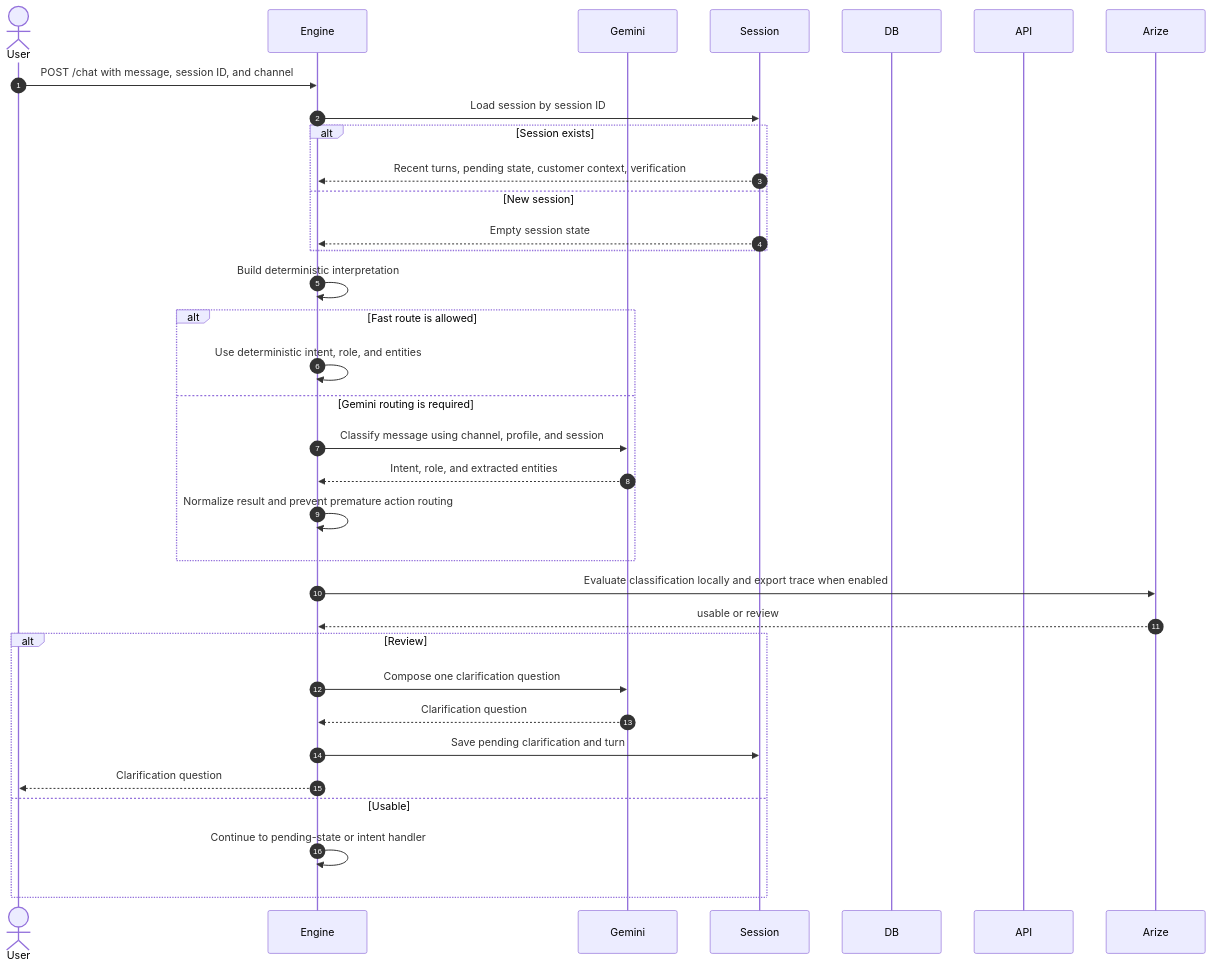
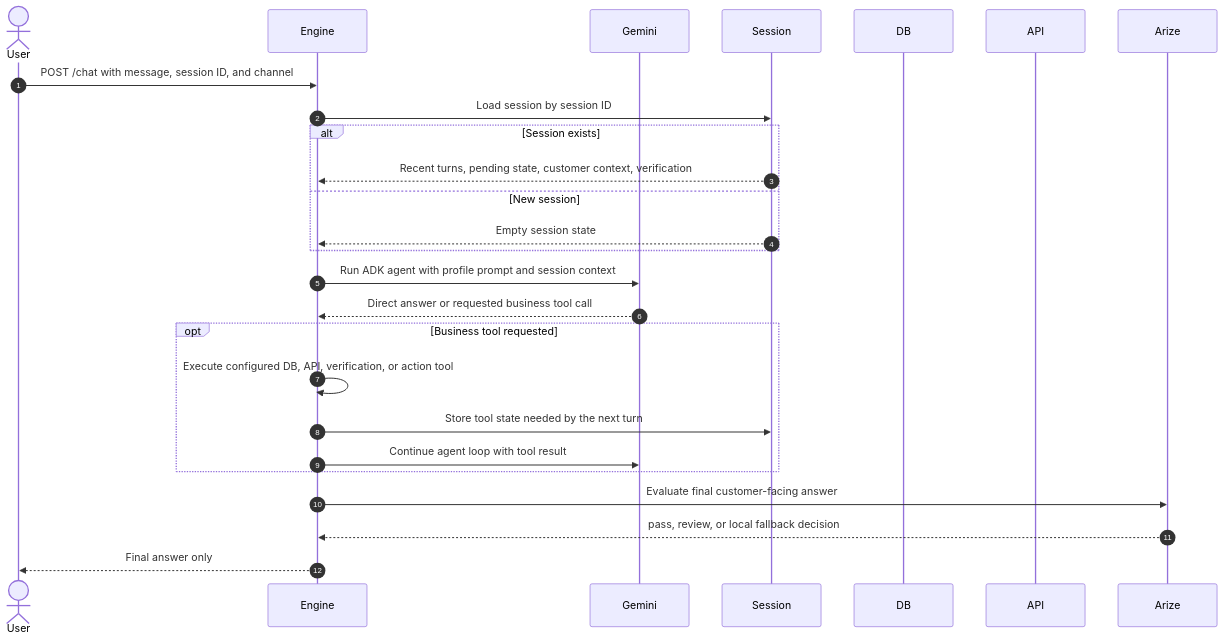
The diagram in docs/solution/sequences/conversation-entry.md (ariefwara/grounded-agentic-ai), drawn with Mermaid before and after one commit. The commit also changed other lines of this file and 91 other files, not shown here.

Commit message:
refactor engine around Google ADK

````diff
--- a/docs/solution/sequences/conversation-entry.md
+++ b/docs/solution/sequences/conversation-entry.md
@@ -3,39 +3,30 @@
 ```mermaid
 sequenceDiagram
     autonumber
     actor User
     participant Engine
     participant Gemini
     participant Session
     participant DB
     participant API
     participant Arize
 
     User->>Engine: POST /chat with message, session ID, and channel
     Engine->>Session: Load session by session ID
     alt Session exists
         Session-->>Engine: Recent turns, pending state, customer context, verification
     else New session
         Session-->>Engine: Empty session state
     end
 
-    Engine->>Engine: Build deterministic interpretation
-    alt Fast route is allowed
-        Engine->>Engine: Use deterministic intent, role, and entities
-    else Gemini routing is required
-        Engine->>Gemini: Classify message using channel, profile, and session
-        Gemini-->>Engine: Intent, role, and extracted entities
-        Engine->>Engine: Normalize result and prevent premature action routing
+    Engine->>Gemini: Run ADK agent with profile prompt and session context
+    Gemini-->>Engine: Direct answer or requested business tool call
+    opt Business tool requested
+        Engine->>Engine: Execute configured DB, API, verification, or action tool
+        Engine->>Session: Store tool state needed by the next turn
+        Engine->>Gemini: Continue agent loop with tool result
     end
-
-    Engine->>Arize: Evaluate classification locally and export trace when enabled
-    Arize-->>Engine: usable or review
-    alt Review
-        Engine->>Gemini: Compose one clarification question
-        Gemini-->>Engine: Clarification question
-        Engine->>Session: Save pending clarification and turn
-        Engine-->>User: Clarification question
-    else Usable
-        Engine->>Engine: Continue to pending-state or intent handler
-    end
+    Engine->>Arize: Evaluate final customer-facing answer
+    Arize-->>Engine: pass, review, or local fallback decision
+    Engine-->>User: Final answer only
 ```
````
